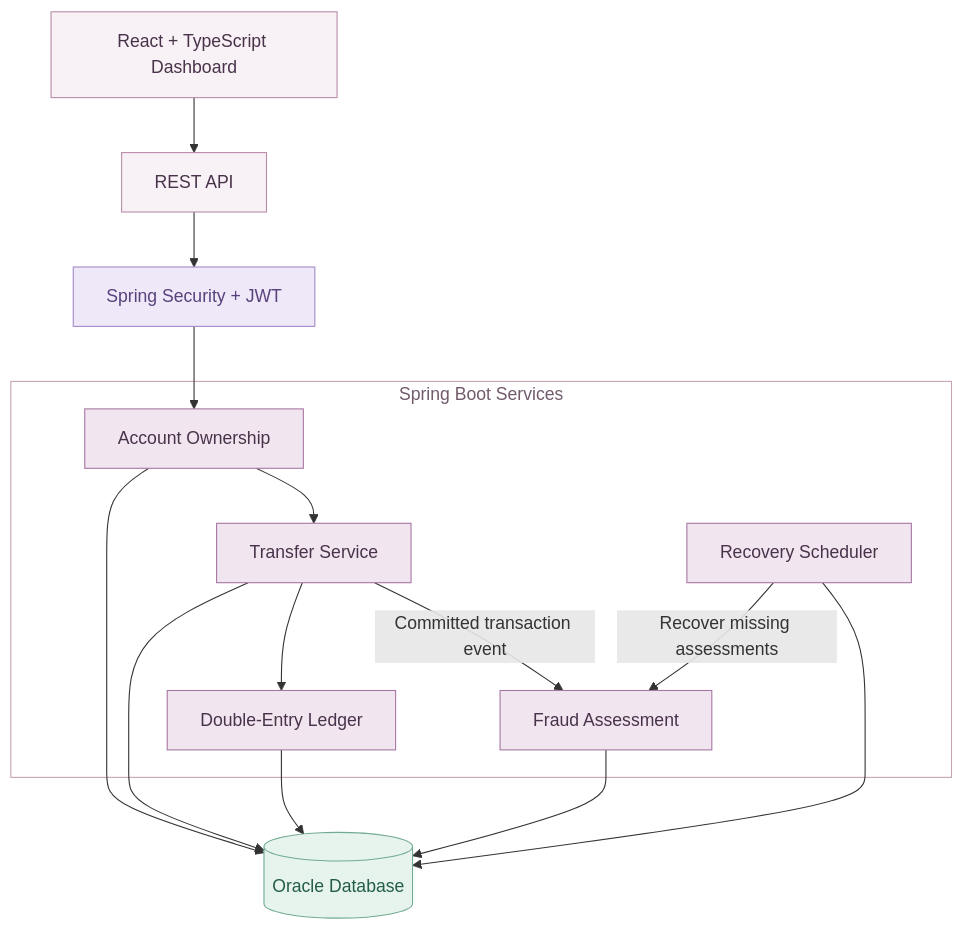
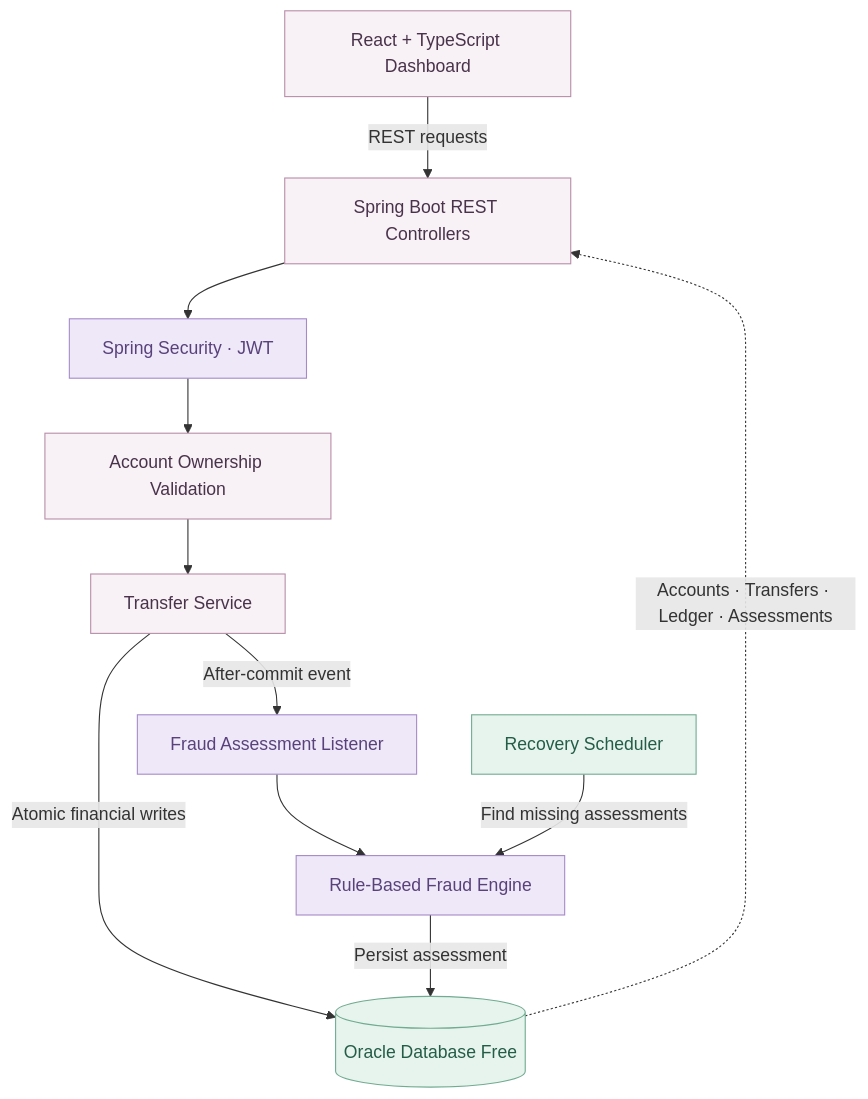
One commit to dnwardah-dev/Orvendiq changed the first of 3 diagrams in README.md. Above: the diagram before and after it, drawn with Mermaid. The commit also changed other lines of this file, not shown here.

````diff
--- a/README.md
+++ b/README.md
@@ -81,41 +102,20 @@
 ```mermaid
 flowchart TB
-    UI["React + TypeScript Dashboard"]
-    API["REST API"]
-    AUTH["Spring Security + JWT"]
+    UI["React + TypeScript Dashboard"] -->|REST requests| API["Spring Boot REST Controllers"]
+    API --> SEC["Spring Security · JWT"]
+    SEC --> OWN["Account Ownership Validation"]
+    OWN --> TX["Transfer Service"]
+    TX -->|Atomic financial writes| DB[("Oracle Database Free")]
+    TX -->|After-commit event| LISTENER["Fraud Assessment Listener"]
+    LISTENER --> RISK["Rule-Based Fraud Engine"]
+    RECOVERY["Recovery Scheduler"] -->|Find missing assessments| RISK
+    RISK -->|Persist assessment| DB
+    DB -.->|Accounts · Transfers · Ledger · Assessments| API
 
-    subgraph SERVICES["Spring Boot Services"]
-        OWN["Account Ownership"]
-        TRANSFER["Transfer Service"]
-        LEDGER["Double-Entry Ledger"]
-        FRAUD["Fraud Assessment"]
-        RECOVERY["Recovery Scheduler"]
-    end
-
-    DB[("Oracle Database")]
-
-    UI --> API
-    API --> AUTH
-    AUTH --> OWN
-    OWN --> TRANSFER
-    TRANSFER --> LEDGER
-    TRANSFER -->|Committed transaction event| FRAUD
-    RECOVERY -->|Recover missing assessments| FRAUD
-
-    OWN --> DB
-    TRANSFER --> DB
-    LEDGER --> DB
-    FRAUD --> DB
-    RECOVERY --> DB
-
-    classDef frontend fill:#F8F1F5,stroke:#B88DA9,color:#49334B
-    classDef security fill:#EEE8F8,stroke:#A58AC8,color:#59427B
-    classDef service fill:#F1E5EF,stroke:#A777A3,color:#49334B
-    classDef database fill:#E6F4ED,stroke:#71AB91,color:#245D47
-
-    class UI,API frontend
-    class AUTH security
-    class OWN,TRANSFER,LEDGER,FRAUD,RECOVERY service
-    class DB database
-    style SERVICES fill:transparent,stroke:#C5A4B6,stroke-width:1px,color:#715B6C
+    classDef rose fill:#F8F1F5,stroke:#B88DA9,color:#49334B
+    classDef violet fill:#EEE8F8,stroke:#A58AC8,color:#59427B
+    classDef green fill:#E6F4ED,stroke:#71AB91,color:#245D47
+    class UI,API,OWN,TX rose
+    class SEC,LISTENER,RISK violet
+    class DB,RECOVERY green
 ```
````
